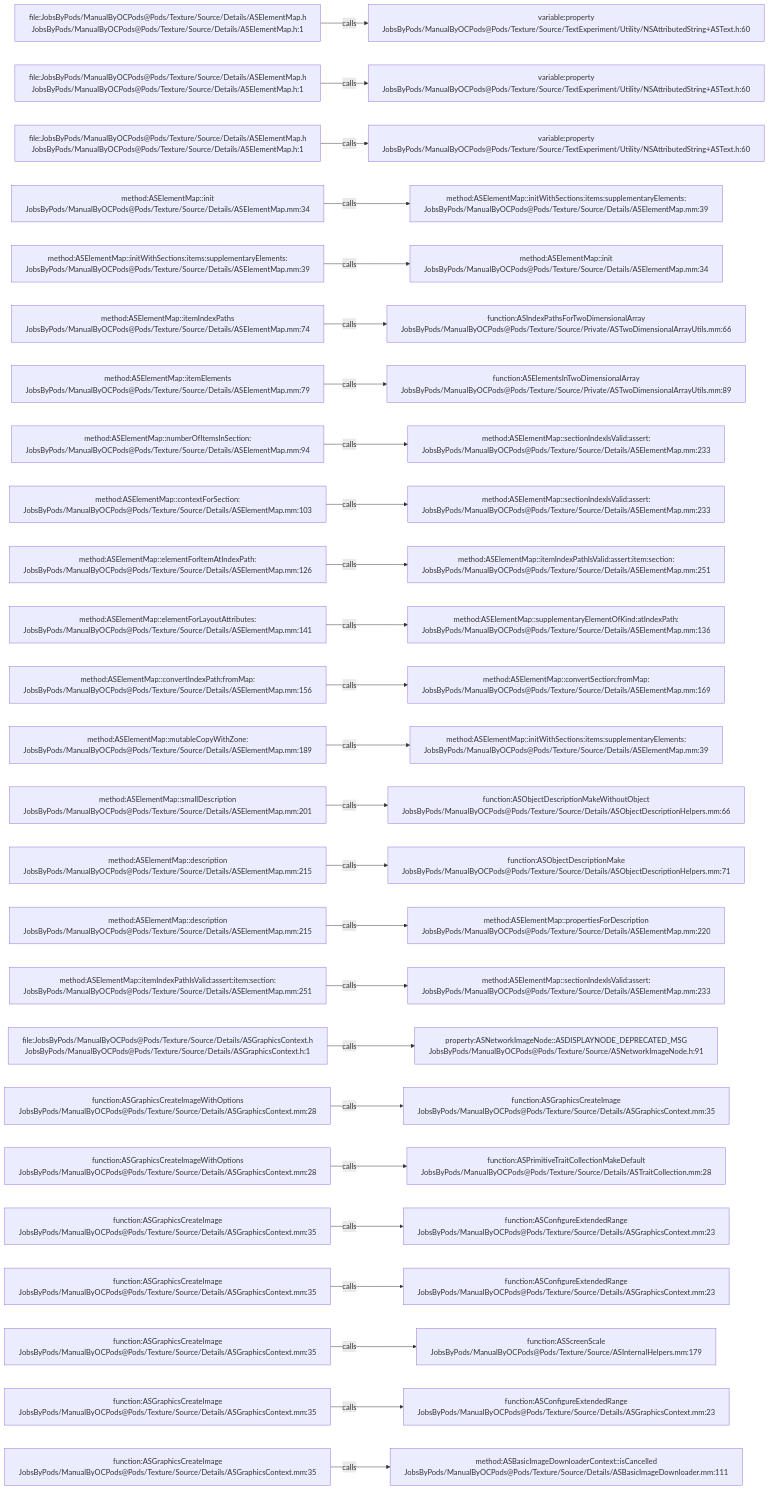
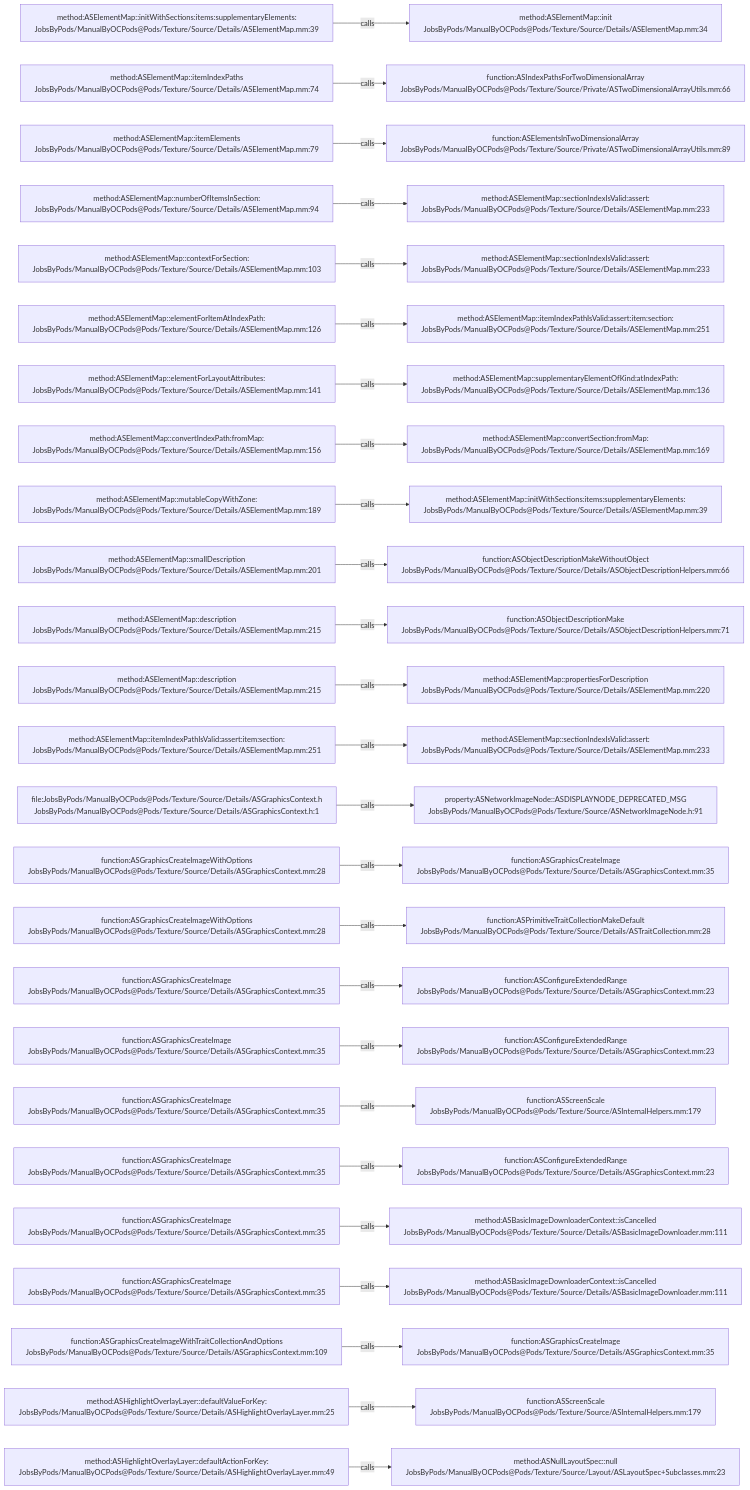
The diagram in .codegraph/codegraph.md/graphs/calls-155.md (JobsKits/JobsOCBaseConfigDemo), drawn with Mermaid before and after one commit. The commit also changed 727 other files, not shown here.

````diff
--- a/.codegraph/codegraph.md/graphs/calls-155.md
+++ b/.codegraph/codegraph.md/graphs/calls-155.md
@@ -13,78 +13,78 @@
 ```mermaid
 flowchart LR
-  S1["file:JobsByPods/ManualByOCPods@Pods/Texture/Source/Details/ASElementMap.h<br/>JobsByPods/ManualByOCPods@Pods/Texture/Source/Details/ASElementMap.h:1"]
-  T1["variable:property<br/>JobsByPods/ManualByOCPods@Pods/Texture/Source/TextExperiment/Utility/NSAttributedString+ASText.h:60"]
+  S1["method:ASElementMap::initWithSections:items:supplementaryElements:<br/>JobsByPods/ManualByOCPods@Pods/Texture/Source/Details/ASElementMap.mm:39"]
+  T1["method:ASElementMap::init<br/>JobsByPods/ManualByOCPods@Pods/Texture/Source/Details/ASElementMap.mm:34"]
   S1 -->|calls| T1
-  S2["file:JobsByPods/ManualByOCPods@Pods/Texture/Source/Details/ASElementMap.h<br/>JobsByPods/ManualByOCPods@Pods/Texture/Source/Details/ASElementMap.h:1"]
-  T2["variable:property<br/>JobsByPods/ManualByOCPods@Pods/Texture/Source/TextExperiment/Utility/NSAttributedString+ASText.h:60"]
+  S2["method:ASElementMap::itemIndexPaths<br/>JobsByPods/ManualByOCPods@Pods/Texture/Source/Details/ASElementMap.mm:74"]
+  T2["function:ASIndexPathsForTwoDimensionalArray<br/>JobsByPods/ManualByOCPods@Pods/Texture/Source/Private/ASTwoDimensionalArrayUtils.mm:66"]
   S2 -->|calls| T2
-  S3["file:JobsByPods/ManualByOCPods@Pods/Texture/Source/Details/ASElementMap.h<br/>JobsByPods/ManualByOCPods@Pods/Texture/Source/Details/ASElementMap.h:1"]
-  T3["variable:property<br/>JobsByPods/ManualByOCPods@Pods/Texture/Source/TextExperiment/Utility/NSAttributedString+ASText.h:60"]
+  S3["method:ASElementMap::itemElements<br/>JobsByPods/ManualByOCPods@Pods/Texture/Source/Details/ASElementMap.mm:79"]
+  T3["function:ASElementsInTwoDimensionalArray<br/>JobsByPods/ManualByOCPods@Pods/Texture/Source/Private/ASTwoDimensionalArrayUtils.mm:89"]
   S3 -->|calls| T3
-  S4["method:ASElementMap::init<br/>JobsByPods/ManualByOCPods@Pods/Texture/Source/Details/ASElementMap.mm:34"]
-  T4["method:ASElementMap::initWithSections:items:supplementaryElements:<br/>JobsByPods/ManualByOCPods@Pods/Texture/Source/Details/ASElementMap.mm:39"]
+  S4["method:ASElementMap::numberOfItemsInSection:<br/>JobsByPods/ManualByOCPods@Pods/Texture/Source/Details/ASElementMap.mm:94"]
+  T4["method:ASElementMap::sectionIndexIsValid:assert:<br/>JobsByPods/ManualByOCPods@Pods/Texture/Source/Details/ASElementMap.mm:233"]
   S4 -->|calls| T4
-  S5["method:ASElementMap::initWithSections:items:supplementaryElements:<br/>JobsByPods/ManualByOCPods@Pods/Texture/Source/Details/ASElementMap.mm:39"]
-  T5["method:ASElementMap::init<br/>JobsByPods/ManualByOCPods@Pods/Texture/Source/Details/ASElementMap.mm:34"]
+  S5["method:ASElementMap::contextForSection:<br/>JobsByPods/ManualByOCPods@Pods/Texture/Source/Details/ASElementMap.mm:103"]
+  T5["method:ASElementMap::sectionIndexIsValid:assert:<br/>JobsByPods/ManualByOCPods@Pods/Texture/Source/Details/ASElementMap.mm:233"]
   S5 -->|calls| T5
-  S6["method:ASElementMap::itemIndexPaths<br/>JobsByPods/ManualByOCPods@Pods/Texture/Source/Details/ASElementMap.mm:74"]
-  T6["function:ASIndexPathsForTwoDimensionalArray<br/>JobsByPods/ManualByOCPods@Pods/Texture/Source/Private/ASTwoDimensionalArrayUtils.mm:66"]
+  S6["method:ASElementMap::elementForItemAtIndexPath:<br/>JobsByPods/ManualByOCPods@Pods/Texture/Source/Details/ASElementMap.mm:126"]
+  T6["method:ASElementMap::itemIndexPathIsValid:assert:item:section:<br/>JobsByPods/ManualByOCPods@Pods/Texture/Source/Details/ASElementMap.mm:251"]
   S6 -->|calls| T6
-  S7["method:ASElementMap::itemElements<br/>JobsByPods/ManualByOCPods@Pods/Texture/Source/Details/ASElementMap.mm:79"]
-  T7["function:ASElementsInTwoDimensionalArray<br/>JobsByPods/ManualByOCPods@Pods/Texture/Source/Private/ASTwoDimensionalArrayUtils.mm:89"]
+  S7["method:ASElementMap::elementForLayoutAttributes:<br/>JobsByPods/ManualByOCPods@Pods/Texture/Source/Details/ASElementMap.mm:141"]
+  T7["method:ASElementMap::supplementaryElementOfKind:atIndexPath:<br/>JobsByPods/ManualByOCPods@Pods/Texture/Source/Details/ASElementMap.mm:136"]
   S7 -->|calls| T7
-  S8["method:ASElementMap::numberOfItemsInSection:<br/>JobsByPods/ManualByOCPods@Pods/Texture/Source/Details/ASElementMap.mm:94"]
-  T8["method:ASElementMap::sectionIndexIsValid:assert:<br/>JobsByPods/ManualByOCPods@Pods/Texture/Source/Details/ASElementMap.mm:233"]
+  S8["method:ASElementMap::convertIndexPath:fromMap:<br/>JobsByPods/ManualByOCPods@Pods/Texture/Source/Details/ASElementMap.mm:156"]
+  T8["method:ASElementMap::convertSection:fromMap:<br/>JobsByPods/ManualByOCPods@Pods/Texture/Source/Details/ASElementMap.mm:169"]
   S8 -->|calls| T8
-  S9["method:ASElementMap::contextForSection:<br/>JobsByPods/ManualByOCPods@Pods/Texture/Source/Details/ASElementMap.mm:103"]
-  T9["method:ASElementMap::sectionIndexIsValid:assert:<br/>JobsByPods/ManualByOCPods@Pods/Texture/Source/Details/ASElementMap.mm:233"]
+  S9["method:ASElementMap::mutableCopyWithZone:<br/>JobsByPods/ManualByOCPods@Pods/Texture/Source/Details/ASElementMap.mm:189"]
+  T9["method:ASElementMap::initWithSections:items:supplementaryElements:<br/>JobsByPods/ManualByOCPods@Pods/Texture/Source/Details/ASElementMap.mm:39"]
   S9 -->|calls| T9
-  S10["method:ASElementMap::elementForItemAtIndexPath:<br/>JobsByPods/ManualByOCPods@Pods/Texture/Source/Details/ASElementMap.mm:126"]
-  T10["method:ASElementMap::itemIndexPathIsValid:assert:item:section:<br/>JobsByPods/ManualByOCPods@Pods/Texture/Source/Details/ASElementMap.mm:251"]
+  S10["method:ASElementMap::smallDescription<br/>JobsByPods/ManualByOCPods@Pods/Texture/Source/Details/ASElementMap.mm:201"]
+  T10["function:ASObjectDescriptionMakeWithoutObject<br/>JobsByPods/ManualByOCPods@Pods/Texture/Source/Details/ASObjectDescriptionHelpers.mm:66"]
   S10 -->|calls| T10
-  S11["method:ASElementMap::elementForLayoutAttributes:<br/>JobsByPods/ManualByOCPods@Pods/Texture/Source/Details/ASElementMap.mm:141"]
-  T11["method:ASElementMap::supplementaryElementOfKind:atIndexPath:<br/>JobsByPods/ManualByOCPods@Pods/Texture/Source/Details/ASElementMap.mm:136"]
+  S11["method:ASElementMap::description<br/>JobsByPods/ManualByOCPods@Pods/Texture/Source/Details/ASElementMap.mm:215"]
+  T11["function:ASObjectDescriptionMake<br/>JobsByPods/ManualByOCPods@Pods/Texture/Source/Details/ASObjectDescriptionHelpers.mm:71"]
   S11 -->|calls| T11
-  S12["method:ASElementMap::convertIndexPath:fromMap:<br/>JobsByPods/ManualByOCPods@Pods/Texture/Source/Details/ASElementMap.mm:156"]
-  T12["method:ASElementMap::convertSection:fromMap:<br/>JobsByPods/ManualByOCPods@Pods/Texture/Source/Details/ASElementMap.mm:169"]
+  S12["method:ASElementMap::description<br/>JobsByPods/ManualByOCPods@Pods/Texture/Source/Details/ASElementMap.mm:215"]
+  T12["method:ASElementMap::propertiesForDescription<br/>JobsByPods/ManualByOCPods@Pods/Texture/Source/Details/ASElementMap.mm:220"]
   S12 -->|calls| T12
-  S13["method:ASElementMap::mutableCopyWithZone:<br/>JobsByPods/ManualByOCPods@Pods/Texture/Source/Details/ASElementMap.mm:189"]
-  T13["method:ASElementMap::initWithSections:items:supplementaryElements:<br/>JobsByPods/ManualByOCPods@Pods/Texture/Source/Details/ASElementMap.mm:39"]
+  S13["method:ASElementMap::itemIndexPathIsValid:assert:item:section:<br/>JobsByPods/ManualByOCPods@Pods/Texture/Source/Details/ASElementMap.mm:251"]
+  T13["method:ASElementMap::sectionIndexIsValid:assert:<br/>JobsByPods/ManualByOCPods@Pods/Texture/Source/Details/ASElementMap.mm:233"]
   S13 -->|calls| T13
-  S14["method:ASElementMap::smallDescription<br/>JobsByPods/ManualByOCPods@Pods/Texture/Source/Details/ASElementMap.mm:201"]
-  T14["function:ASObjectDescriptionMakeWithoutObject<br/>JobsByPods/ManualByOCPods@Pods/Texture/Source/Details/ASObjectDescriptionHelpers.mm:66"]
+  S14["file:JobsByPods/ManualByOCPods@Pods/Texture/Source/Details/ASGraphicsContext.h<br/>JobsByPods/ManualByOCPods@Pods/Texture/Source/Details/ASGraphicsContext.h:1"]
+  T14["property:ASNetworkImageNode::ASDISPLAYNODE_DEPRECATED_MSG<br/>JobsByPods/ManualByOCPods@Pods/Texture/Source/ASNetworkImageNode.h:91"]
   S14 -->|calls| T14
-  S15["method:ASElementMap::description<br/>JobsByPods/ManualByOCPods@Pods/Texture/Source/Details/ASElementMap.mm:215"]
-  T15["function:ASObjectDescriptionMake<br/>JobsByPods/ManualByOCPods@Pods/Texture/Source/Details/ASObjectDescriptionHelpers.mm:71"]
+  S15["function:ASGraphicsCreateImageWithOptions<br/>JobsByPods/ManualByOCPods@Pods/Texture/Source/Details/ASGraphicsContext.mm:28"]
+  T15["function:ASGraphicsCreateImage<br/>JobsByPods/ManualByOCPods@Pods/Texture/Source/Details/ASGraphicsContext.mm:35"]
   S15 -->|calls| T15
-  S16["method:ASElementMap::description<br/>JobsByPods/ManualByOCPods@Pods/Texture/Source/Details/ASElementMap.mm:215"]
-  T16["method:ASElementMap::propertiesForDescription<br/>JobsByPods/ManualByOCPods@Pods/Texture/Source/Details/ASElementMap.mm:220"]
+  S16["function:ASGraphicsCreateImageWithOptions<br/>JobsByPods/ManualByOCPods@Pods/Texture/Source/Details/ASGraphicsContext.mm:28"]
+  T16["function:ASPrimitiveTraitCollectionMakeDefault<br/>JobsByPods/ManualByOCPods@Pods/Texture/Source/Details/ASTraitCollection.mm:28"]
   S16 -->|calls| T16
-  S17["method:ASElementMap::itemIndexPathIsValid:assert:item:section:<br/>JobsByPods/ManualByOCPods@Pods/Texture/Source/Details/ASElementMap.mm:251"]
-  T17["method:ASElementMap::sectionIndexIsValid:assert:<br/>JobsByPods/ManualByOCPods@Pods/Texture/Source/Details/ASElementMap.mm:233"]
+  S17["function:ASGraphicsCreateImage<br/>JobsByPods/ManualByOCPods@Pods/Texture/Source/Details/ASGraphicsContext.mm:35"]
+  T17["function:ASConfigureExtendedRange<br/>JobsByPods/ManualByOCPods@Pods/Texture/Source/Details/ASGraphicsContext.mm:23"]
   S17 -->|calls| T17
-  S18["file:JobsByPods/ManualByOCPods@Pods/Texture/Source/Details/ASGraphicsContext.h<br/>JobsByPods/ManualByOCPods@Pods/Texture/Source/Details/ASGraphicsContext.h:1"]
-  T18["property:ASNetworkImageNode::ASDISPLAYNODE_DEPRECATED_MSG<br/>JobsByPods/ManualByOCPods@Pods/Texture/Source/ASNetworkImageNode.h:91"]
+  S18["function:ASGraphicsCreateImage<br/>JobsByPods/ManualByOCPods@Pods/Texture/Source/Details/ASGraphicsContext.mm:35"]
+  T18["function:ASConfigureExtendedRange<br/>JobsByPods/ManualByOCPods@Pods/Texture/Source/Details/ASGraphicsContext.mm:23"]
   S18 -->|calls| T18
-  S19["function:ASGraphicsCreateImageWithOptions<br/>JobsByPods/ManualByOCPods@Pods/Texture/Source/Details/ASGraphicsContext.mm:28"]
-  T19["function:ASGraphicsCreateImage<br/>JobsByPods/ManualByOCPods@Pods/Texture/Source/Details/ASGraphicsContext.mm:35"]
+  S19["function:ASGraphicsCreateImage<br/>JobsByPods/ManualByOCPods@Pods/Texture/Source/Details/ASGraphicsContext.mm:35"]
+  T19["function:ASScreenScale<br/>JobsByPods/ManualByOCPods@Pods/Texture/Source/ASInternalHelpers.mm:179"]
   S19 -->|calls| T19
-  S20["function:ASGraphicsCreateImageWithOptions<br/>JobsByPods/ManualByOCPods@Pods/Texture/Source/Details/ASGraphicsContext.mm:28"]
-  T20["function:ASPrimitiveTraitCollectionMakeDefault<br/>JobsByPods/ManualByOCPods@Pods/Texture/Source/Details/ASTraitCollection.mm:28"]
+  S20["function:ASGraphicsCreateImage<br/>JobsByPods/ManualByOCPods@Pods/Texture/Source/Details/ASGraphicsContext.mm:35"]
+  T20["function:ASConfigureExtendedRange<br/>JobsByPods/ManualByOCPods@Pods/Texture/Source/Details/ASGraphicsContext.mm:23"]
   S20 -->|calls| T20
   S21["function:ASGraphicsCreateImage<br/>JobsByPods/ManualByOCPods@Pods/Texture/Source/Details/ASGraphicsContext.mm:35"]
-  T21["function:ASConfigureExtendedRange<br/>JobsByPods/ManualByOCPods@Pods/Texture/Source/Details/ASGraphicsContext.mm:23"]
+  T21["method:ASBasicImageDownloaderContext::isCancelled<br/>JobsByPods/ManualByOCPods@Pods/Texture/Source/Details/ASBasicImageDownloader.mm:111"]
   S21 -->|calls| T21
   S22["function:ASGraphicsCreateImage<br/>JobsByPods/ManualByOCPods@Pods/Texture/Source/Details/ASGraphicsContext.mm:35"]
-  T22["function:ASConfigureExtendedRange<br/>JobsByPods/ManualByOCPods@Pods/Texture/Source/Details/ASGraphicsContext.mm:23"]
+  T22["method:ASBasicImageDownloaderContext::isCancelled<br/>JobsByPods/ManualByOCPods@Pods/Texture/Source/Details/ASBasicImageDownloader.mm:111"]
   S22 -->|calls| T22
-  S23["function:ASGraphicsCreateImage<br/>JobsByPods/ManualByOCPods@Pods/Texture/Source/Details/ASGraphicsContext.mm:35"]
-  T23["function:ASScreenScale<br/>JobsByPods/ManualByOCPods@Pods/Texture/Source/ASInternalHelpers.mm:179"]
+  S23["function:ASGraphicsCreateImageWithTraitCollectionAndOptions<br/>JobsByPods/ManualByOCPods@Pods/Texture/Source/Details/ASGraphicsContext.mm:109"]
+  T23["function:ASGraphicsCreateImage<br/>JobsByPods/ManualByOCPods@Pods/Texture/Source/Details/ASGraphicsContext.mm:35"]
   S23 -->|calls| T23
-  S24["function:ASGraphicsCreateImage<br/>JobsByPods/ManualByOCPods@Pods/Texture/Source/Details/ASGraphicsContext.mm:35"]
-  T24["function:ASConfigureExtendedRange<br/>JobsByPods/ManualByOCPods@Pods/Texture/Source/Details/ASGraphicsContext.mm:23"]
+  S24["method:ASHighlightOverlayLayer::defaultValueForKey:<br/>JobsByPods/ManualByOCPods@Pods/Texture/Source/Details/ASHighlightOverlayLayer.mm:25"]
+  T24["function:ASScreenScale<br/>JobsByPods/ManualByOCPods@Pods/Texture/Source/ASInternalHelpers.mm:179"]
   S24 -->|calls| T24
-  S25["function:ASGraphicsCreateImage<br/>JobsByPods/ManualByOCPods@Pods/Texture/Source/Details/ASGraphicsContext.mm:35"]
-  T25["method:ASBasicImageDownloaderContext::isCancelled<br/>JobsByPods/ManualByOCPods@Pods/Texture/Source/Details/ASBasicImageDownloader.mm:111"]
+  S25["method:ASHighlightOverlayLayer::defaultActionForKey:<br/>JobsByPods/ManualByOCPods@Pods/Texture/Source/Details/ASHighlightOverlayLayer.mm:49"]
+  T25["method:ASNullLayoutSpec::null<br/>JobsByPods/ManualByOCPods@Pods/Texture/Source/Layout/ASLayoutSpec+Subclasses.mm:23"]
   S25 -->|calls| T25
 ```
````
